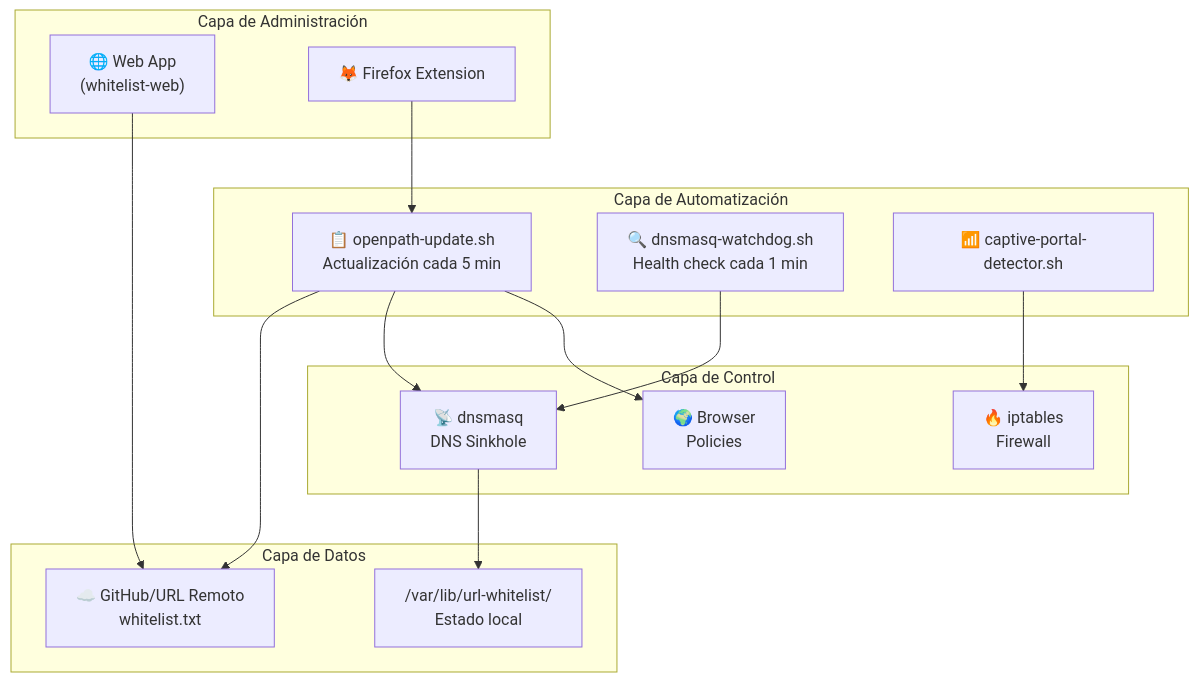
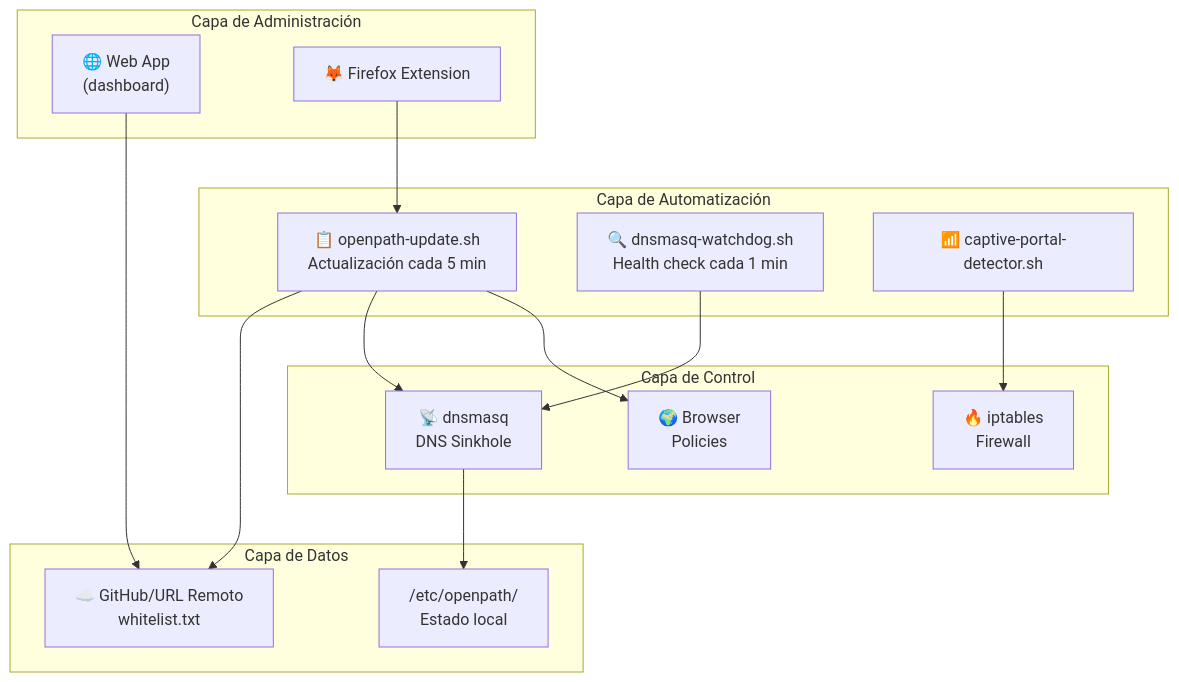
Before and after one commit to balejosg/whitelist: the first of 7 diagrams in docs/ADR.md, drawn with Mermaid. The commit also changed other lines of this file and 30 other files, not shown here.

````diff
--- a/docs/ADR.md
+++ b/docs/ADR.md
@@ -13,33 +13,33 @@
 ```mermaid
 graph TB
     subgraph "Capa de Administración"
-        WEB["🌐 Web App<br/>(whitelist-web)"]
+        WEB["🌐 Web App<br/>(dashboard)"]
         EXT["🦊 Firefox Extension"]
     end
     
     subgraph "Capa de Control"
         DNSMASQ["📡 dnsmasq<br/>DNS Sinkhole"]
         IPTABLES["🔥 iptables<br/>Firewall"]
         BROWSER["🌍 Browser<br/>Policies"]
     end
     
     subgraph "Capa de Automatización"
         WHITELIST["📋 openpath-update.sh<br/>Actualización cada 5 min"]
         WATCHDOG["🔍 dnsmasq-watchdog.sh<br/>Health check cada 1 min"]
         CAPTIVE["📶 captive-portal-detector.sh"]
     end
     
     subgraph "Capa de Datos"
         REMOTE["☁️ GitHub/URL Remoto<br/>whitelist.txt"]
-        LOCAL["/var/lib/url-whitelist/<br/>Estado local"]
+        LOCAL["/etc/openpath/<br/>Estado local"]
     end
     
     WEB --> REMOTE
     EXT --> WHITELIST
     WHITELIST --> REMOTE
     WHITELIST --> DNSMASQ
     WHITELIST --> BROWSER
     WATCHDOG --> DNSMASQ
     CAPTIVE --> IPTABLES
     DNSMASQ --> LOCAL
 ```
````
